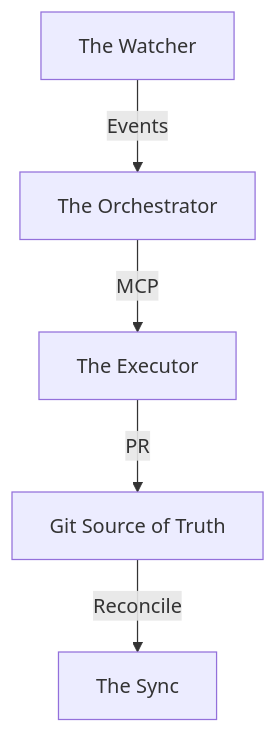
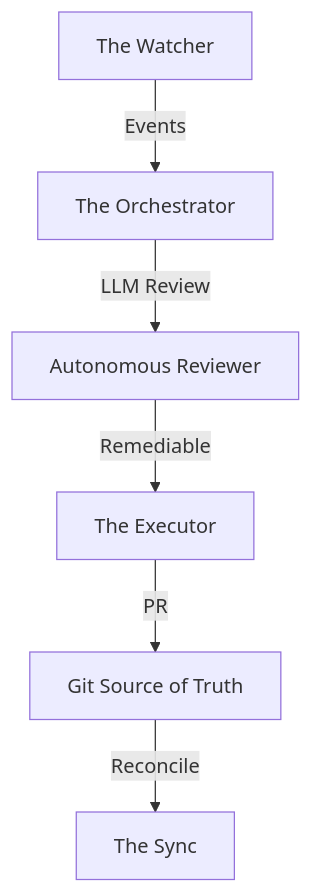
Before and after one commit to lgcorzo/Jules_remediator: the diagram in wiki/Solution_Architecture.md, drawn with Mermaid. The commit also changed other lines of this file, not shown here.

Commit message:
docs: include autonomous reviewer in solution architecture wiki

````diff
--- a/wiki/Solution_Architecture.md
+++ b/wiki/Solution_Architecture.md
@@ -44,7 +45,8 @@
 ```mermaid
 graph TD
     Watcher[The Watcher] -->|Events| Orchestrator[The Orchestrator]
-    Orchestrator -->|MCP| Executor[The Executor]
+    Orchestrator -->|LLM Review| Reviewer[Autonomous Reviewer]
+    Reviewer -->|Remediable| Executor[The Executor]
     Executor -->|PR| Git[Git Source of Truth]
     Git -->|Reconcile| Sync[The Sync]
 ```
````
